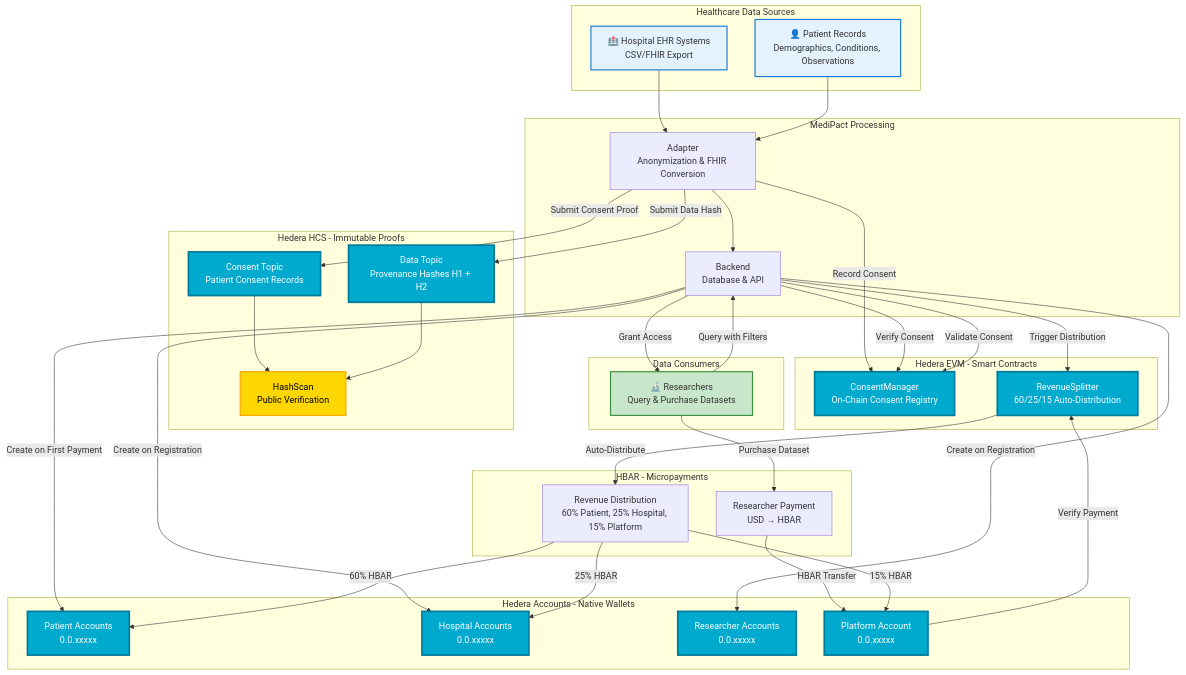
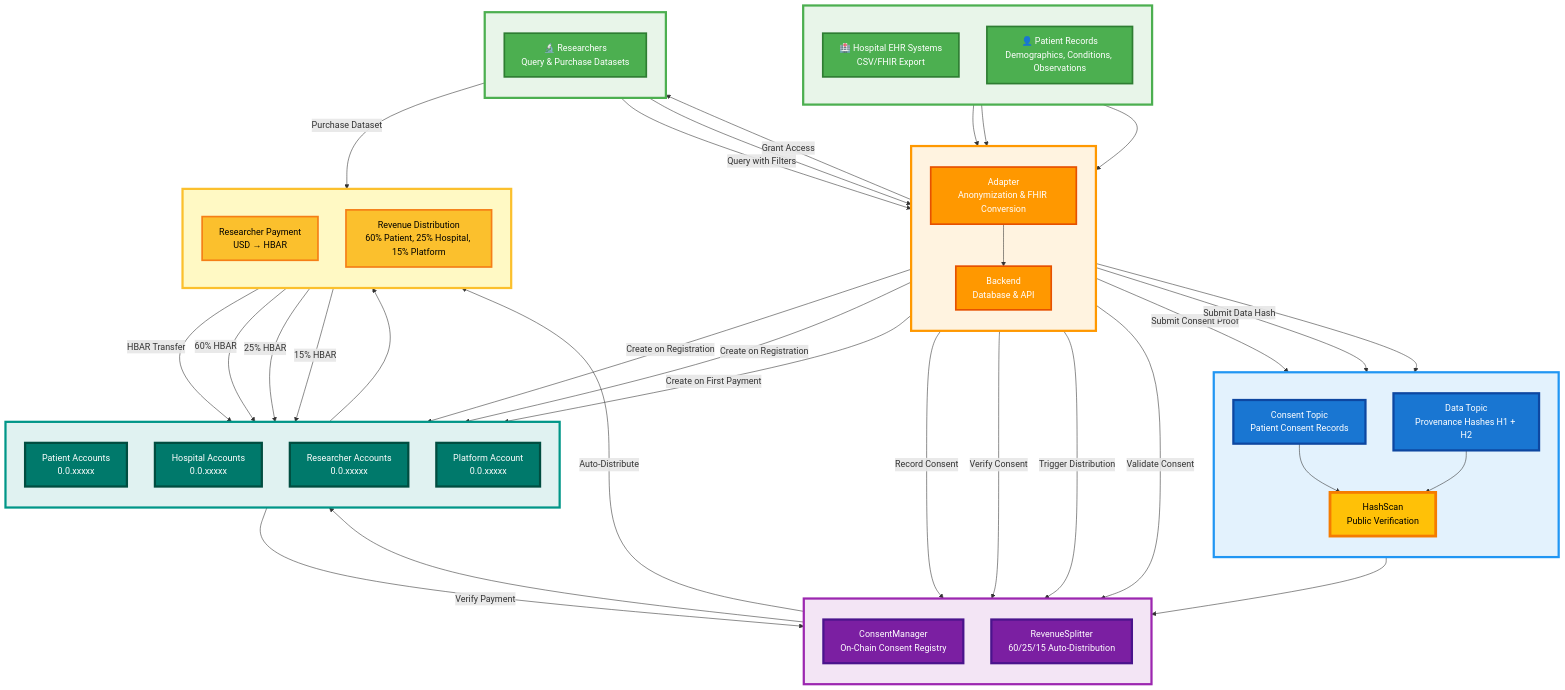
Before and after one commit to najuna-brian/medipact: the second of 9 diagrams in README.md, drawn with Mermaid.

Commit message:
docs: Improve Hedera ecosystem diagram visibility and spacing

````diff
--- a/README.md
+++ b/README.md
@@ -89,64 +89,76 @@
 ```mermaid
 graph TB
-    subgraph "Healthcare Data Sources"
+    subgraph SOURCES[" "]
+        direction TB
         EHR[🏥 Hospital EHR Systems<br/>CSV/FHIR Export]
         PATIENT[👤 Patient Records<br/>Demographics, Conditions, Observations]
     end
     
-    subgraph "MediPact Processing"
+    subgraph PROCESSING[" "]
+        direction TB
         ADAPTER[Adapter<br/>Anonymization & FHIR Conversion]
         BACKEND[Backend<br/>Database & API]
     end
     
-    subgraph "Hedera HCS - Immutable Proofs"
+    subgraph HCS[" "]
+        direction TB
         CONSENT_TOPIC[Consent Topic<br/>Patient Consent Records]
         DATA_TOPIC[Data Topic<br/>Provenance Hashes H1 + H2]
         HASHSCAN[HashScan<br/>Public Verification]
     end
     
-    subgraph "Hedera EVM - Smart Contracts"
+    subgraph EVM[" "]
+        direction TB
         CONSENT_MGR[ConsentManager<br/>On-Chain Consent Registry]
         REVENUE[RevenueSplitter<br/>60/25/15 Auto-Distribution]
     end
     
-    subgraph "Hedera Accounts - Native Wallets"
+    subgraph ACCOUNTS[" "]
+        direction TB
         PAT_ACCT[Patient Accounts<br/>0.0.xxxxx]
         HOSP_ACCT[Hospital Accounts<br/>0.0.xxxxx]
         RES_ACCT[Researcher Accounts<br/>0.0.xxxxx]
         PLATFORM[Platform Account<br/>0.0.xxxxx]
     end
     
-    subgraph "HBAR - Micropayments"
+    subgraph PAYMENTS[" "]
+        direction TB
         PAYMENT[Researcher Payment<br/>USD → HBAR]
         DISTRIBUTION[Revenue Distribution<br/>60% Patient, 25% Hospital, 15% Platform]
     end
     
-    subgraph "Data Consumers"
+    subgraph CONSUMERS[" "]
+        direction TB
         RESEARCHER[🔬 Researchers<br/>Query & Purchase Datasets]
     end
     
-    %% Data Flow
+    %% Data Flow - Vertical spacing
+    SOURCES --> PROCESSING
     EHR --> ADAPTER
     PATIENT --> ADAPTER
     ADAPTER --> BACKEND
     
     %% HCS Flow - Immutable Proofs
+    PROCESSING --> HCS
     ADAPTER -->|Submit Consent Proof| CONSENT_TOPIC
     ADAPTER -->|Submit Data Hash| DATA_TOPIC
     CONSENT_TOPIC --> HASHSCAN
     DATA_TOPIC --> HASHSCAN
     
     %% Smart Contract Flow
+    HCS --> EVM
     ADAPTER -->|Record Consent| CONSENT_MGR
     BACKEND -->|Verify Consent| CONSENT_MGR
     BACKEND -->|Trigger Distribution| REVENUE
     
     %% Account Creation
+    EVM --> ACCOUNTS
     BACKEND -->|Create on Registration| HOSP_ACCT
     BACKEND -->|Create on Registration| RES_ACCT
     BACKEND -->|Create on First Payment| PAT_ACCT
     
     %% Payment Flow
+    ACCOUNTS --> PAYMENTS
     RESEARCHER -->|Purchase Dataset| PAYMENT
     PAYMENT -->|HBAR Transfer| PLATFORM
     PLATFORM -->|Verify Payment| REVENUE
@@ -158,20 +170,35 @@
     DISTRIBUTION -->|15% HBAR| PLATFORM
     
     %% Researcher Access
+    CONSUMERS --> PROCESSING
     RESEARCHER -->|Query with Filters| BACKEND
     BACKEND -->|Validate Consent| CONSENT_MGR
     BACKEND -->|Grant Access| RESEARCHER
     
-    style CONSENT_TOPIC fill:#00A9CE,color:#fff,stroke:#007A99,stroke-width:3px
-    style DATA_TOPIC fill:#00A9CE,color:#fff,stroke:#007A99,stroke-width:3px
-    style CONSENT_MGR fill:#00A9CE,color:#fff,stroke:#007A99,stroke-width:3px
-    style REVENUE fill:#00A9CE,color:#fff,stroke:#007A99,stroke-width:3px
-    style PAT_ACCT fill:#00A9CE,color:#fff,stroke:#007A99,stroke-width:3px
-    style HOSP_ACCT fill:#00A9CE,color:#fff,stroke:#007A99,stroke-width:3px
-    style RES_ACCT fill:#00A9CE,color:#fff,stroke:#007A99,stroke-width:3px
-    style PLATFORM fill:#00A9CE,color:#fff,stroke:#007A99,stroke-width:3px
-    style HASHSCAN fill:#FFD700,color:#000,stroke:#FFA500,stroke-width:2px
-    style EHR fill:#E3F2FD,stroke:#1976D2,stroke-width:2px
-    style PATIENT fill:#E3F2FD,stroke:#1976D2,stroke-width:2px
-    style RESEARCHER fill:#C8E6C9,stroke:#388E3C,stroke-width:2px
+    %% Enhanced styling with better colors and visibility
+    style SOURCES fill:#E8F5E9,stroke:#4CAF50,stroke-width:4px,color:#1B5E20
+    style PROCESSING fill:#FFF3E0,stroke:#FF9800,stroke-width:4px,color:#E65100
+    style HCS fill:#E3F2FD,stroke:#2196F3,stroke-width:4px,color:#0D47A1
+    style EVM fill:#F3E5F5,stroke:#9C27B0,stroke-width:4px,color:#4A148C
+    style ACCOUNTS fill:#E0F2F1,stroke:#009688,stroke-width:4px,color:#004D40
+    style PAYMENTS fill:#FFF9C4,stroke:#FBC02D,stroke-width:4px,color:#F57F17
+    style CONSUMERS fill:#E8F5E9,stroke:#4CAF50,stroke-width:4px,color:#1B5E20
+    
+    style CONSENT_TOPIC fill:#1976D2,color:#fff,stroke:#0D47A1,stroke-width:4px
+    style DATA_TOPIC fill:#1976D2,color:#fff,stroke:#0D47A1,stroke-width:4px
+    style CONSENT_MGR fill:#7B1FA2,color:#fff,stroke:#4A148C,stroke-width:4px
+    style REVENUE fill:#7B1FA2,color:#fff,stroke:#4A148C,stroke-width:4px
+    style PAT_ACCT fill:#00796B,color:#fff,stroke:#004D40,stroke-width:4px
+    style HOSP_ACCT fill:#00796B,color:#fff,stroke:#004D40,stroke-width:4px
+    style RES_ACCT fill:#00796B,color:#fff,stroke:#004D40,stroke-width:4px
+    style PLATFORM fill:#00796B,color:#fff,stroke:#004D40,stroke-width:4px
+    style HASHSCAN fill:#FFC107,color:#000,stroke:#F57C00,stroke-width:5px
+    
+    style EHR fill:#4CAF50,color:#fff,stroke:#2E7D32,stroke-width:3px
+    style PATIENT fill:#4CAF50,color:#fff,stroke:#2E7D32,stroke-width:3px
+    style ADAPTER fill:#FF9800,color:#fff,stroke:#E65100,stroke-width:3px
+    style BACKEND fill:#FF9800,color:#fff,stroke:#E65100,stroke-width:3px
+    style RESEARCHER fill:#4CAF50,color:#fff,stroke:#2E7D32,stroke-width:3px
+    style PAYMENT fill:#FBC02D,color:#000,stroke:#F57F17,stroke-width:3px
+    style DISTRIBUTION fill:#FBC02D,color:#000,stroke:#F57F17,stroke-width:3px
 ```
````
